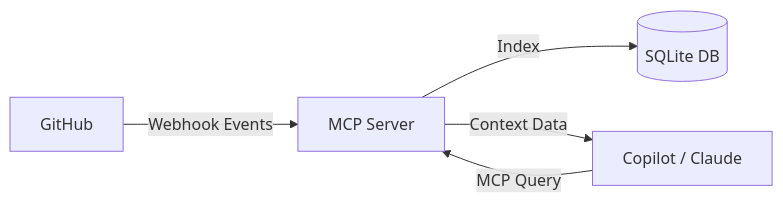
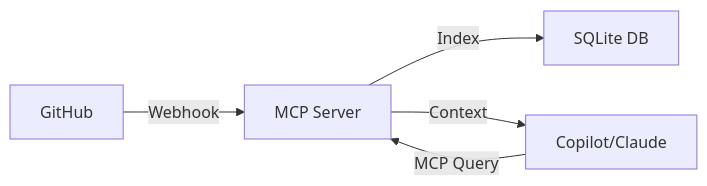
The diagram in README.md (AmedeoPelliccia/mcp-github-memory), drawn with Mermaid before and after one commit. The commit also changed other lines of this file, not shown here.

`````diff
--- a/README.md
+++ b/README.md
@@ -33,7 +24,7 @@
 ```mermaid
 graph LR
-    A[GitHub] -->|Webhook Events| B[MCP Server]
-    B -->|Index| C[(SQLite DB)]
-    D[Copilot / Claude] -->|MCP Query| B
-    B -->|Context Data| D
-````
+    A[GitHub] -->|Webhook| B[MCP Server]
+    B -->|Index| C[SQLite DB]
+    D[Copilot/Claude] -->|MCP Query| B
+    B -->|Context| D
+```
`````
